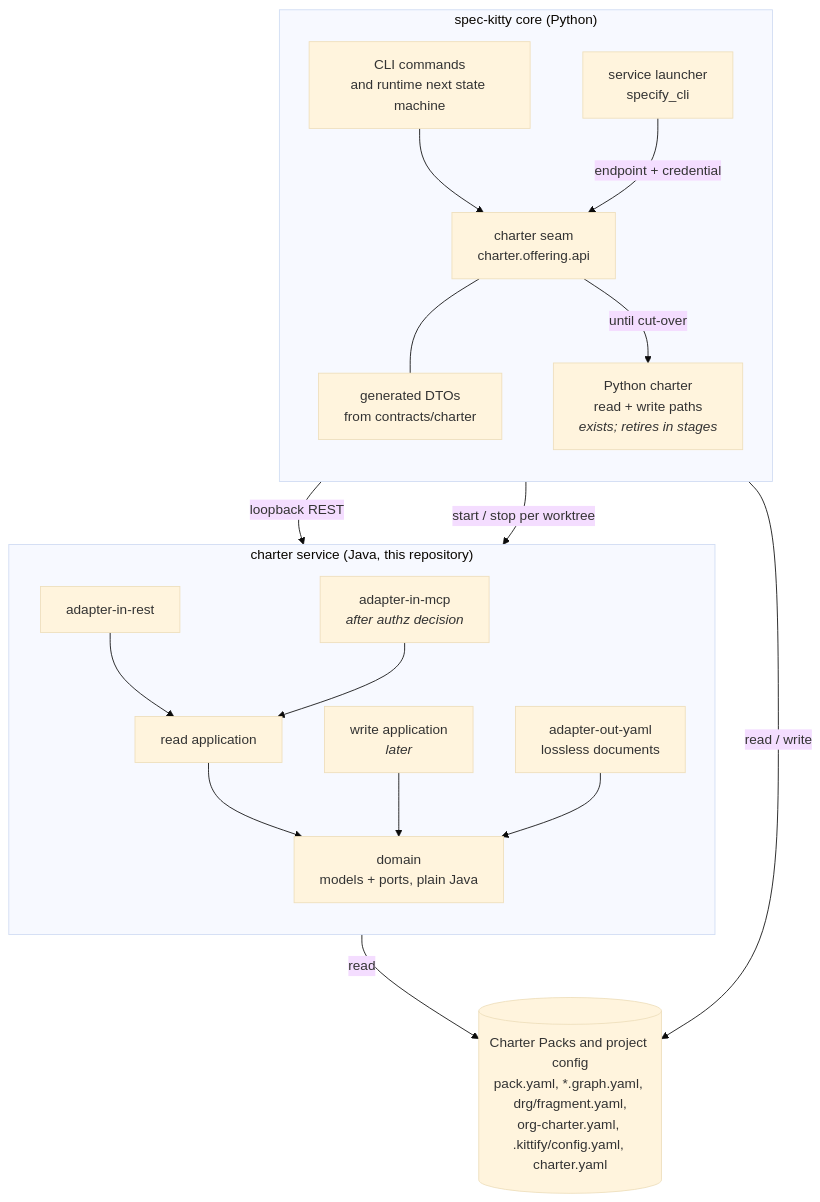
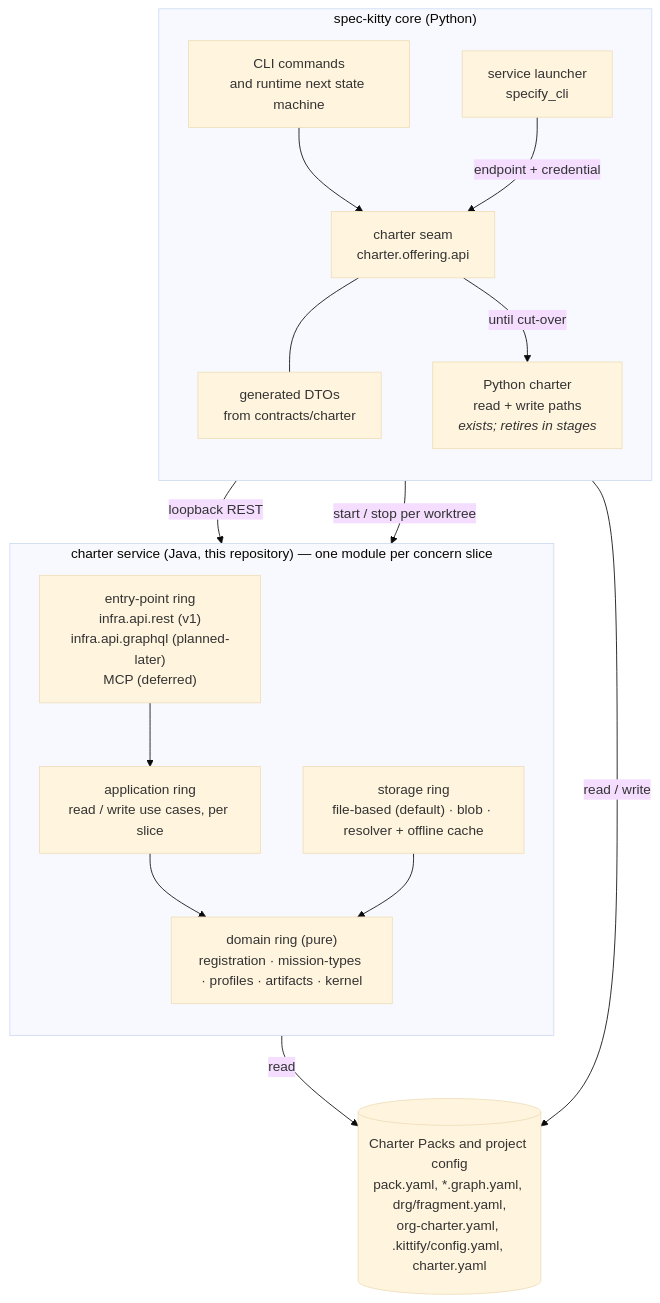
The diagram in docs/architecture/overview.md (spec-kitty/spec-kitty-charter), drawn with Mermaid (base theme) before and after one commit. The commit also changed other lines of this file and 6 other files, not shown here.

First line of the commit message:
docs(plan): promote architecture to docsite; sync hex docs; correct tracer

````diff
--- a/docs/architecture/overview.md
+++ b/docs/architecture/overview.md
@@ -29,37 +31,33 @@
 ```mermaid
 flowchart TB
   subgraph core["spec-kitty core (Python)"]
     direction TB
     cli["CLI commands<br/>and runtime next state machine"]
     seam["charter seam<br/>charter.offering.api"]
     dtos["generated DTOs<br/>from contracts/charter"]
     pyimpl["Python charter<br/>read + write paths<br/><i>exists; retires in stages</i>"]
     life["service launcher<br/>specify_cli"]
     cli --> seam
     seam --- dtos
     seam -->|until cut-over| pyimpl
     life -->|endpoint + credential| seam
   end
 
-  subgraph svc["charter service (Java, this repository)"]
+  subgraph svc["charter service (Java, this repository) — one module per concern slice"]
     direction TB
-    rest["adapter-in-rest"]
-    mcp["adapter-in-mcp<br/><i>after authz decision</i>"]
-    read["read application"]
-    write["write application<br/><i>later</i>"]
-    domain["domain<br/>models + ports, plain Java"]
-    yaml["adapter-out-yaml<br/>lossless documents"]
-    rest --> read
-    mcp --> read
-    read --> domain
-    write --> domain
-    yaml --> domain
+    ep["entry-point ring<br/>infra.api.rest (v1)<br/>infra.api.graphql (planned-later)<br/>MCP (deferred)"]
+    app["application ring<br/>read / write use cases, per slice"]
+    domain["domain ring (pure)<br/>registration · mission-types · profiles · artifacts · kernel"]
+    storage["storage ring<br/>file-based (default) · blob · resolver + offline cache"]
+    ep --> app
+    app --> domain
+    storage --> domain
   end
 
   packs[("Charter Packs and project config<br/>pack.yaml, *.graph.yaml, drg/fragment.yaml,<br/>org-charter.yaml, .kittify/config.yaml, charter.yaml")]
 
-  seam -->|loopback REST| rest
+  seam -->|loopback REST| ep
   life -->|start / stop per worktree| svc
-  yaml -->|read| packs
+  storage -->|read| packs
   pyimpl -->|read / write| packs
 ```
````
